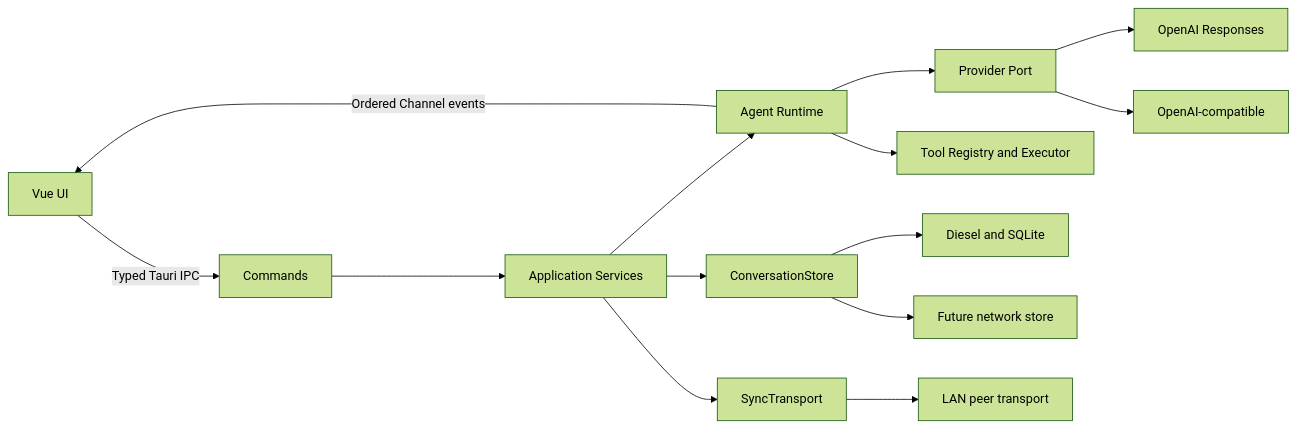
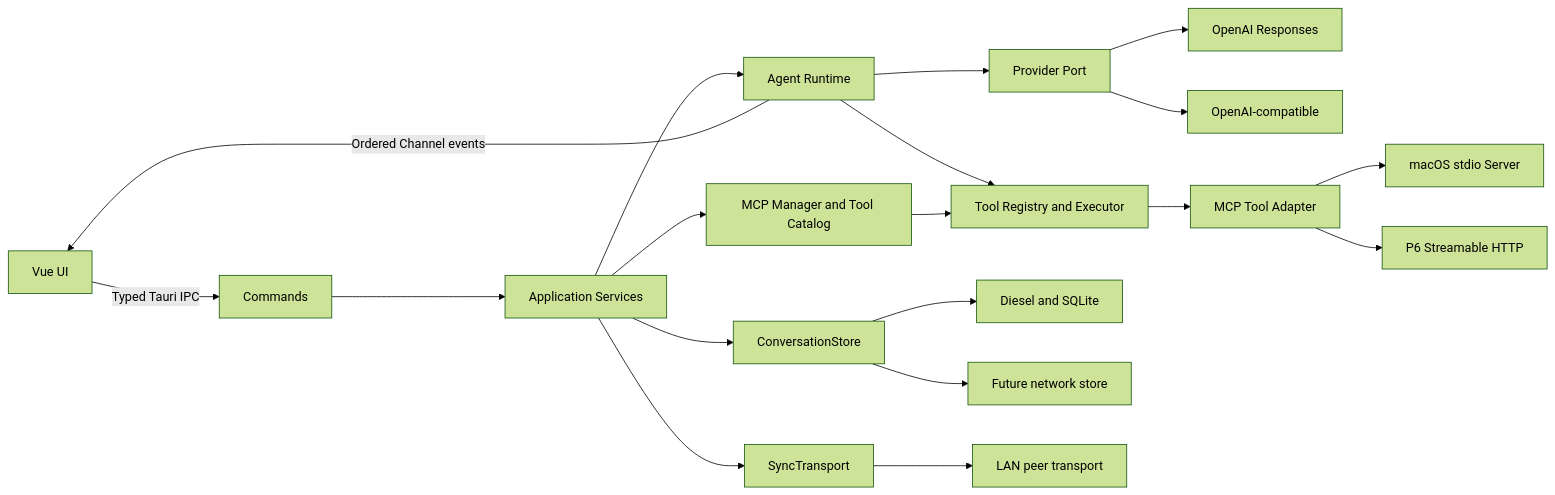
Before and after one commit to skeyboy/Carrot-Agent: the diagram in docs/llm-client-design-plan.md, drawn with Mermaid (forest theme). The commit also changed other lines of this file and 47 other files, not shown here.

Commit message:
feat: complete macOS MCP platform support

````diff
--- a/docs/llm-client-design-plan.md
+++ b/docs/llm-client-design-plan.md
@@ -57,16 +59,21 @@
 ```mermaid
 flowchart LR
     UI["Vue UI"] -->|"Typed Tauri IPC"| CMD["Commands"]
     CMD --> APP["Application Services"]
     APP --> AGENT["Agent Runtime"]
     AGENT --> PROVIDER["Provider Port"]
     PROVIDER --> OPENAI["OpenAI Responses"]
     PROVIDER --> COMPAT["OpenAI-compatible"]
     AGENT --> TOOLS["Tool Registry and Executor"]
+    TOOLS --> MCP["MCP Tool Adapter"]
+    MCP --> MCPSTDIO["macOS stdio Server"]
+    MCP --> MCPHTTP["P6 Streamable HTTP"]
+    APP --> MCPCATALOG["MCP Manager and Tool Catalog"]
+    MCPCATALOG --> TOOLS
     APP --> STORE["ConversationStore"]
     STORE --> SQLITE["Diesel and SQLite"]
     STORE --> REMOTE["Future network store"]
     APP --> SYNC["SyncTransport"]
     SYNC --> LAN["LAN peer transport"]
     AGENT -->|"Ordered Channel events"| UI
 ```
````
